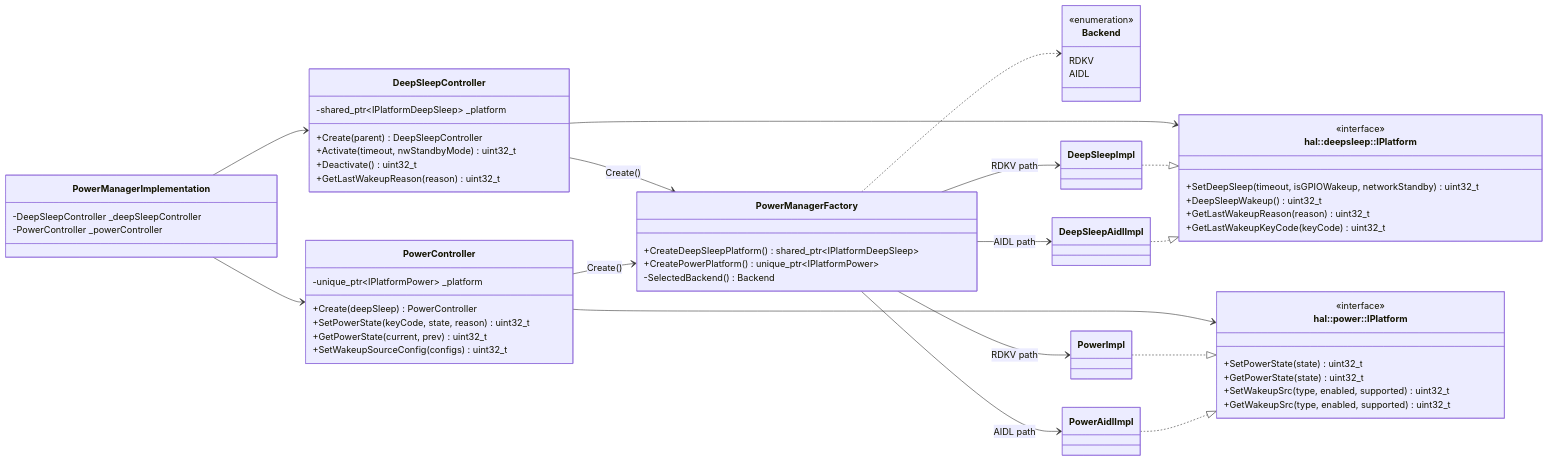
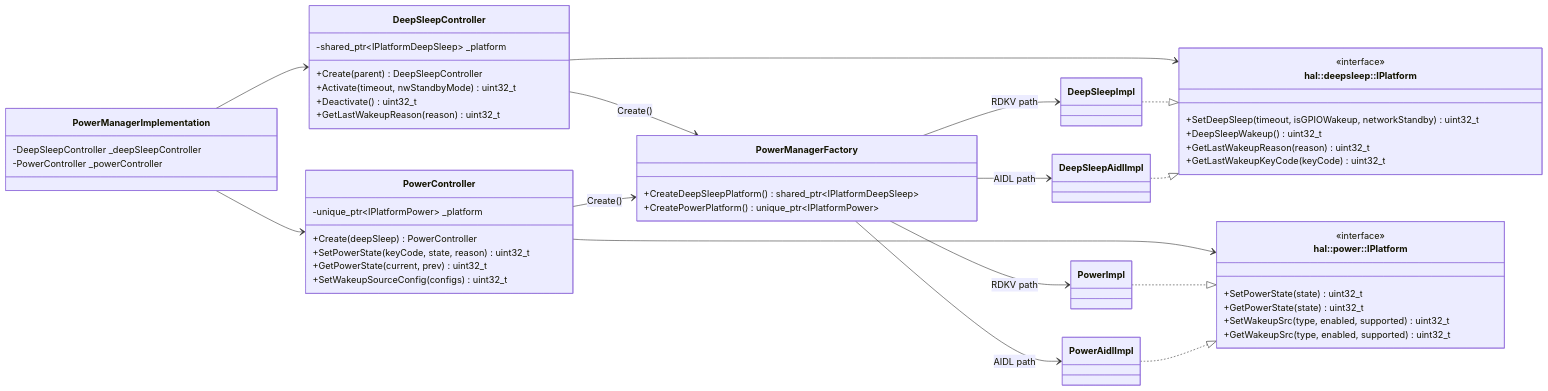
The first of 2 diagrams in ARCHITECTURE_HAL_FACTORY.md (vinodtel/entservices-powermanager), drawn with Mermaid before and after one commit. The commit also changed other lines of this file, not shown here.

Commit message:
Added Factory pattern2

````diff
--- a/ARCHITECTURE_HAL_FACTORY.md
+++ b/ARCHITECTURE_HAL_FACTORY.md
@@ -36,79 +36,70 @@
 ```mermaid
 classDiagram
     direction LR
 
     class PowerManagerImplementation {
         -DeepSleepController _deepSleepController
         -PowerController _powerController
     }
 
     class DeepSleepController {
       -shared_ptr~IPlatformDeepSleep~ _platform
         +Create(parent) DeepSleepController
         +Activate(timeout, nwStandbyMode) uint32_t
         +Deactivate() uint32_t
         +GetLastWakeupReason(reason) uint32_t
     }
 
     class PowerController {
       -unique_ptr~IPlatformPower~ _platform
         +Create(deepSleep) PowerController
         +SetPowerState(keyCode, state, reason) uint32_t
         +GetPowerState(current, prev) uint32_t
         +SetWakeupSourceConfig(configs) uint32_t
     }
 
     class PowerManagerFactory {
       +CreateDeepSleepPlatform() shared_ptr~IPlatformDeepSleep~
       +CreatePowerPlatform() unique_ptr~IPlatformPower~
-        -SelectedBackend() Backend
-    }
-
-    class Backend {
-        <<enumeration>>
-        RDKV
-        AIDL
     }
 
     class IPlatformDeepSleep["hal::deepsleep::IPlatform"] {
         <<interface>>
         +SetDeepSleep(timeout, isGPIOWakeup, networkStandby) uint32_t
         +DeepSleepWakeup() uint32_t
         +GetLastWakeupReason(reason) uint32_t
         +GetLastWakeupKeyCode(keyCode) uint32_t
     }
 
     class IPlatformPower["hal::power::IPlatform"] {
         <<interface>>
         +SetPowerState(state) uint32_t
         +GetPowerState(state) uint32_t
         +SetWakeupSrc(type, enabled, supported) uint32_t
         +GetWakeupSrc(type, enabled, supported) uint32_t
     }
 
     class DeepSleepImpl
     class PowerImpl
     class DeepSleepAidlImpl
     class PowerAidlImpl
 
     PowerManagerImplementation --> DeepSleepController
     PowerManagerImplementation --> PowerController
 
     DeepSleepController --> PowerManagerFactory : Create()
     PowerController --> PowerManagerFactory : Create()
 
-    PowerManagerFactory ..> Backend
-
     DeepSleepController --> IPlatformDeepSleep
     PowerController --> IPlatformPower
 
     DeepSleepImpl ..|> IPlatformDeepSleep
     PowerImpl ..|> IPlatformPower
     DeepSleepAidlImpl ..|> IPlatformDeepSleep
     PowerAidlImpl ..|> IPlatformPower
 
     PowerManagerFactory --> DeepSleepImpl : RDKV path
     PowerManagerFactory --> PowerImpl : RDKV path
     PowerManagerFactory --> DeepSleepAidlImpl : AIDL path
     PowerManagerFactory --> PowerAidlImpl : AIDL path
 ```
````
